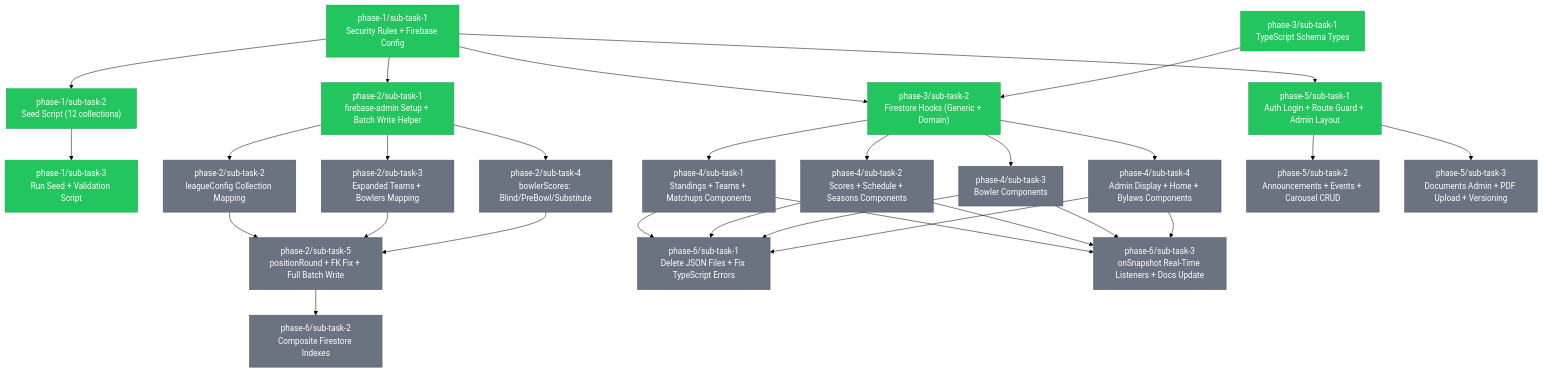
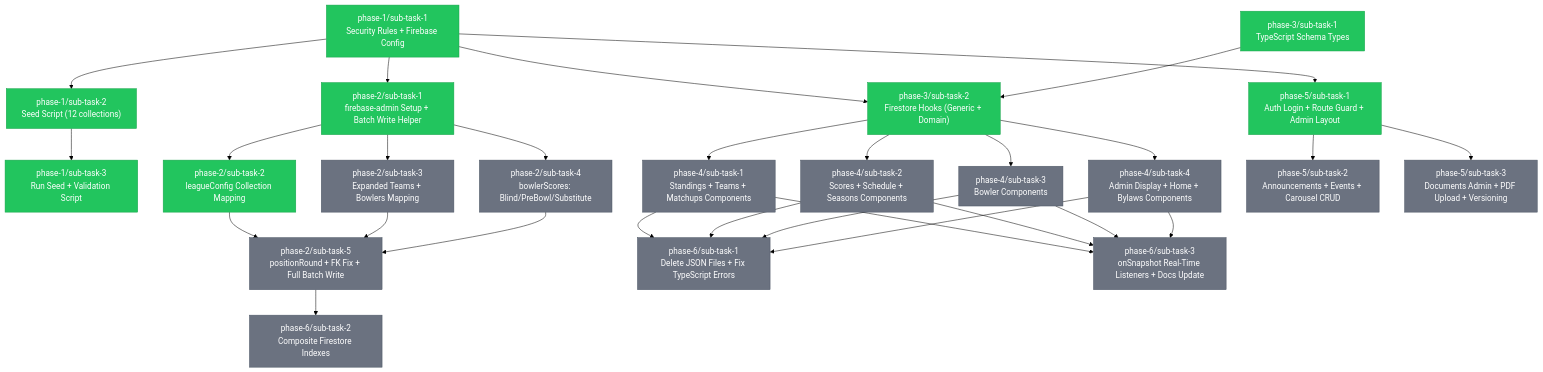
Before and after one commit to Bagwell-Oil-Imaging/late-night-happy-hour-league-site: the diagram in .claude/tasks/TASKS.md, drawn with Mermaid (forest theme). The commit also changed other lines of this file, not shown here.

```diff
--- a/.claude/tasks/TASKS.md
+++ b/.claude/tasks/TASKS.md
@@ -88,7 +88,7 @@
     class P1S2 completed
     class P1S3 completed
     class P2S1 completed
-    class P2S2 pending
+    class P2S2 completed
     class P2S3 pending
     class P2S4 pending
     class P2S5 pending
```
